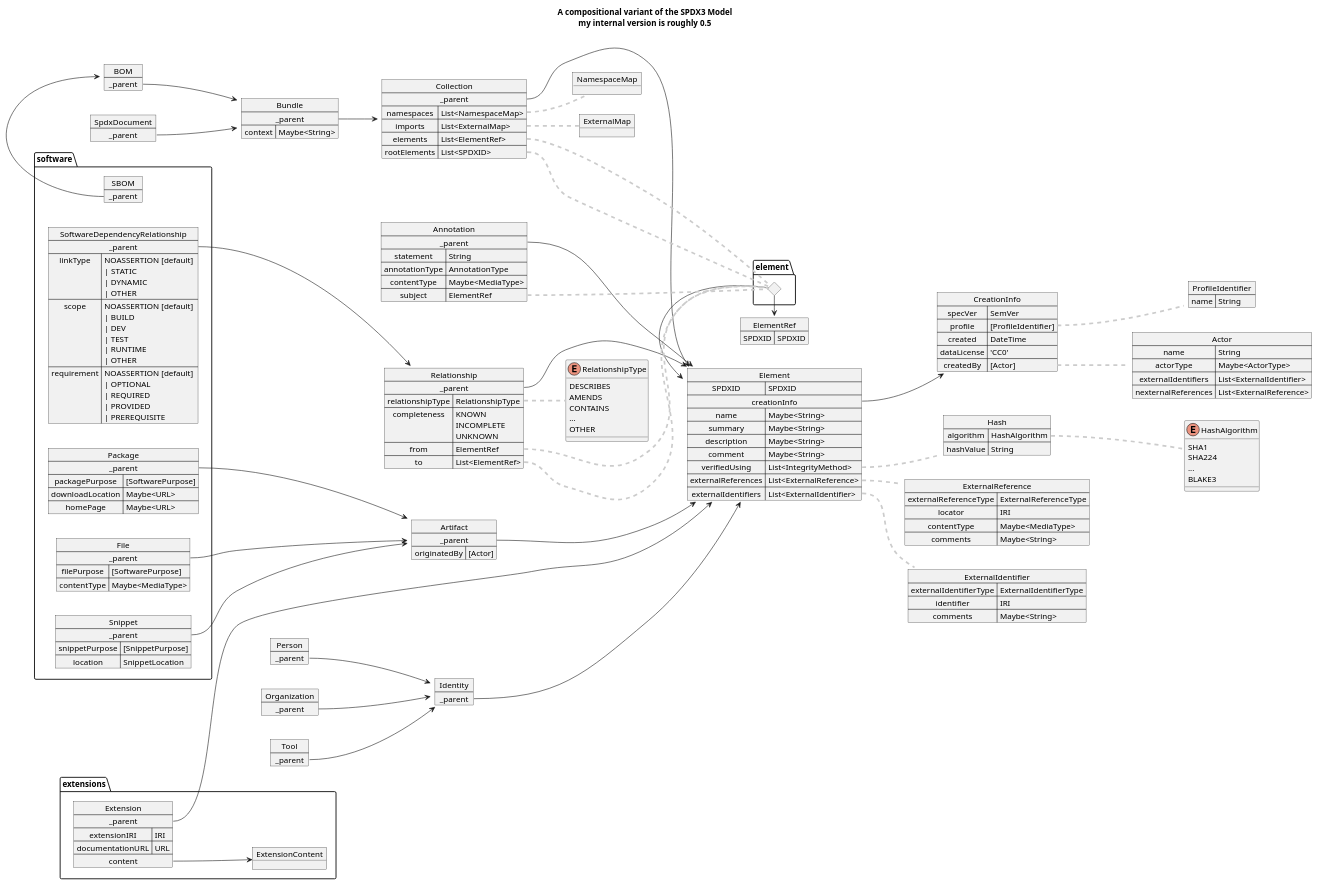
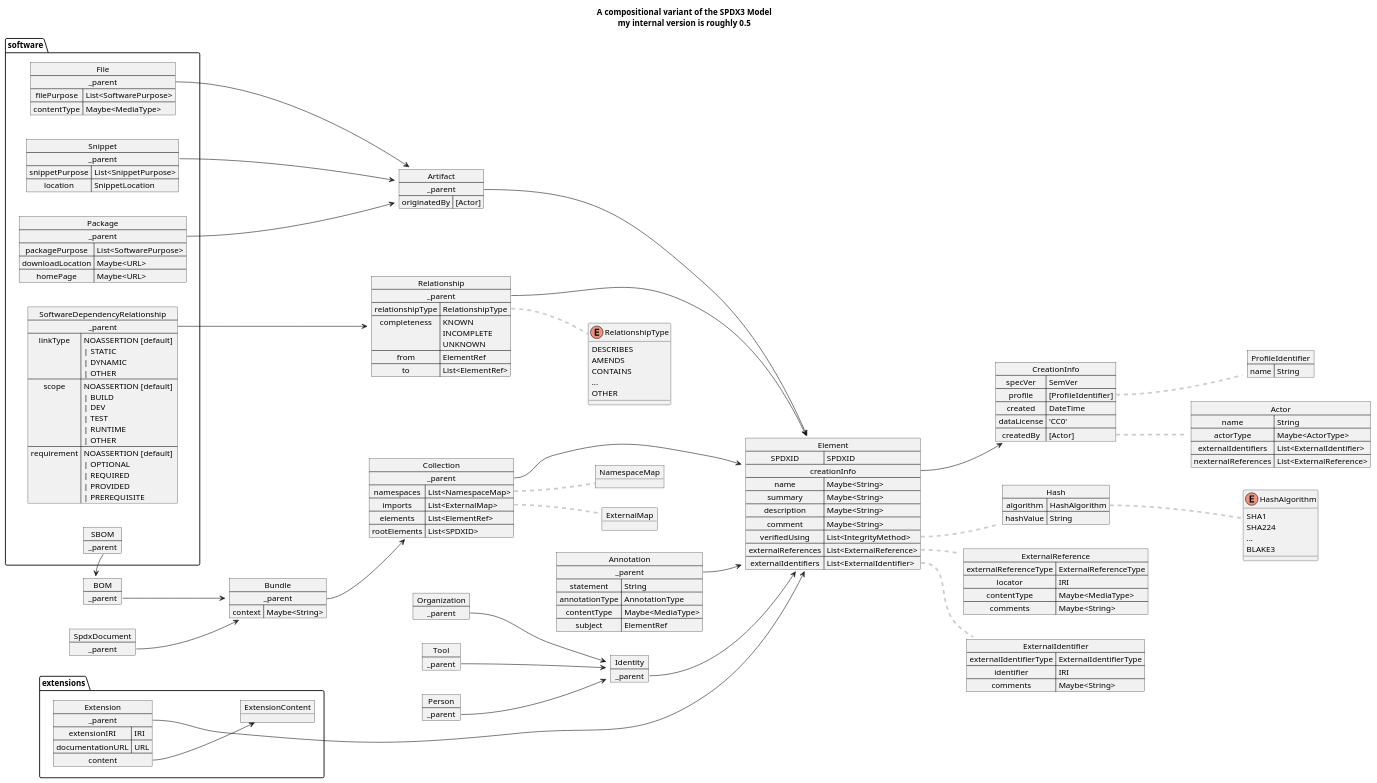
The diagram in puml/model.puml (maxhbr/spdx-3-model.compositional), drawn with PlantUML before and after one commit. The commit also changed 1 other file, not shown here.

```diff
--- a/puml/model.puml
+++ b/puml/model.puml
@@ -125,13 +125,6 @@
     comments => Maybe<String>
 }
 Element::externalIdentifiers .[#CCCCCC,dashed,thickness=3]. ExternalIdentifier
-map ElementRef {
-    SPDXID => SPDXID
-}
-diamond element.dia
-element.dia -r-> Element
-element.dia -l-> ElementRef
-' ElementRef::SPDXID -r---> Element
 
 map Artifact {
     _parent *---> Element
@@ -145,8 +138,6 @@
     elements => List<ElementRef>
     rootElements => List<SPDXID>
 }
-Collection::elements .[#CCCCCC,dashed,thickness=3].. element.dia
-Collection::rootElements .[#CCCCCC,dashed,thickness=3].. element.dia
 object NamespaceMap
 Collection::namespaces .[#CCCCCC,dashed,thickness=3]. NamespaceMap
 object ExternalMap
@@ -172,21 +163,18 @@
     from => ElementRef
     to => List<ElementRef>
 }
-Relationship::to .[#CCCCCC,dashed,thickness=3].. element.dia
-Relationship::from .[#CCCCCC,dashed,thickness=3].. element.dia
 Relationship::relationshipType .[#CCCCCC,dashed,thickness=3]. RelationshipType
 
 map Annotation {
-    _parent *---> Element
+    _parent *--> Element
     statement => String
     annotationType => AnnotationType
     contentType => Maybe<MediaType>
     subject => ElementRef
 }
-Annotation::subject .[#CCCCCC,dashed,thickness=3].. element.dia
 
 map Identity {
-    _parent *---> Element
+    _parent *--> Element
 }
 map Person {
     _parent *--> Identity
@@ -202,18 +190,18 @@
 package software {
     map Package {
         _parent *---> Artifact
-        packagePurpose => [SoftwarePurpose]
+        packagePurpose => List<SoftwarePurpose>
         downloadLocation => Maybe<URL>
         homePage => Maybe<URL>
     }
     map File {
         _parent *---> Artifact
-        filePurpose => [SoftwarePurpose]
+        filePurpose => List<SoftwarePurpose>
         contentType => Maybe<MediaType>
     }
     map Snippet {
         _parent *---> Artifact
-        snippetPurpose => [SnippetPurpose]
+        snippetPurpose => List<SnippetPurpose>
         location => SnippetLocation
     }
     map SBOM {
```
